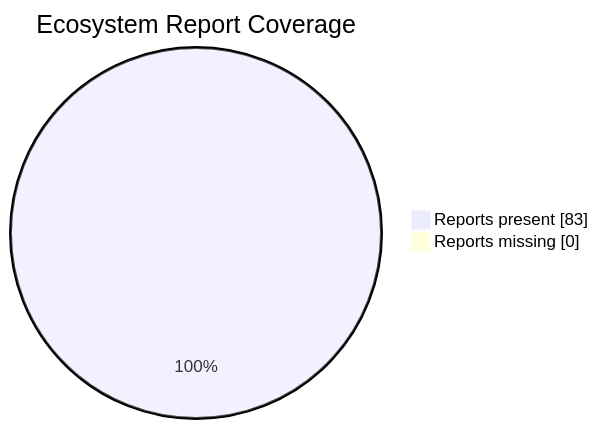
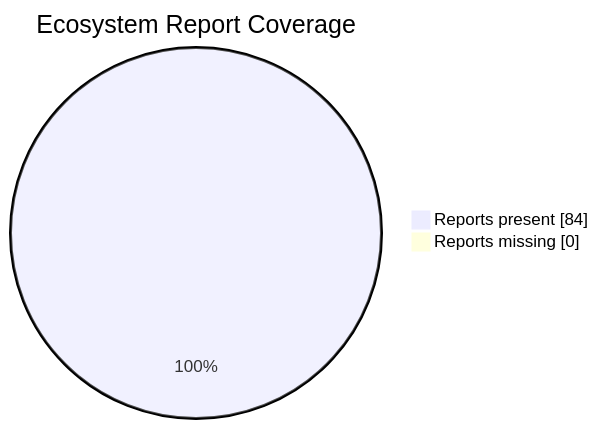
One commit to wjhou/awesome-computer-use-agents changed the diagram in reports/ecosystem/README.md. Above: the diagram before and after it, drawn with Mermaid. The commit also changed other lines of this file, not shown here.

````diff
--- a/reports/ecosystem/README.md
+++ b/reports/ecosystem/README.md
@@ -5,6 +5,6 @@
 ```mermaid
 pie showData
     title Ecosystem Report Coverage
-    "Reports present" : 83
+    "Reports present" : 84
     "Reports missing" : 0
 ```
````
